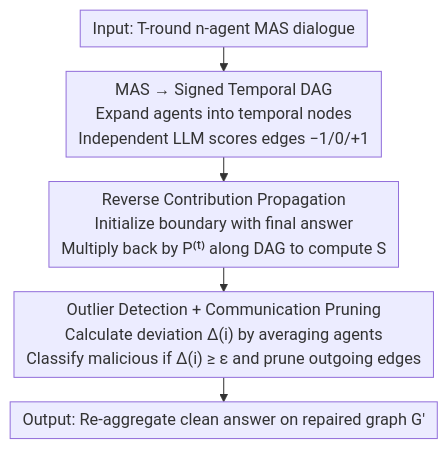
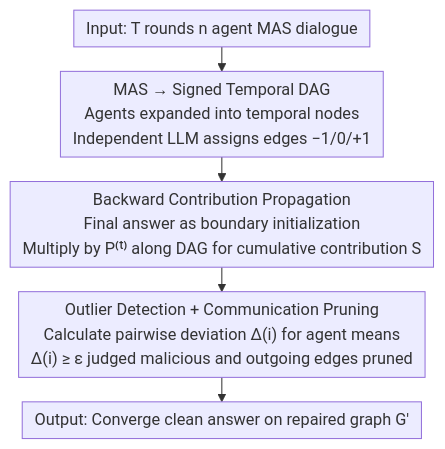
One commit to zhaoyang97/Paper-Notes-en changed the diagram in docs/ICML2026/multi_agent/securing_multi-agent_systems_against_corruptions_via_node_contribution_backpropa.md. Above: the diagram before and after it, drawn with Mermaid. The commit also changed other lines of this file and 5084 other files, not shown here.

````diff
--- a/docs/ICML2026/multi_agent/securing_multi-agent_systems_against_corruptions_via_node_contribution_backpropa.md
+++ b/docs/ICML2026/multi_agent/securing_multi-agent_systems_against_corruptions_via_node_contribution_backpropa.md
@@ -46,8 +46,8 @@
 ```mermaid
 %%{init: {'flowchart': {'rankSpacing': 24, 'nodeSpacing': 28, 'padding': 6, 'wrappingWidth': 400}}}%%
 flowchart TD
-    A["Input: T-round n-agent MAS dialogue"] --> B["MAS → Signed Temporal DAG<br/>Expand agents into temporal nodes<br/>Independent LLM scores edges −1/0/+1"]
-    B --> C["Reverse Contribution Propagation<br/>Initialize boundary with final answer<br/>Multiply back by P⁽ᵗ⁾ along DAG to compute S"]
-    C --> D["Outlier Detection + Communication Pruning<br/>Calculate deviation Δ(i) by averaging agents<br/>Classify malicious if Δ(i) ≥ ε and prune outgoing edges"]
-    D --> E["Output: Re-aggregate clean answer on repaired graph G′"]
+    A["Input: T rounds n agent MAS dialogue"] --> B["MAS → Signed Temporal DAG<br/>Agents expanded into temporal nodes<br/>Independent LLM assigns edges −1/0/+1"]
+    B --> C["Backward Contribution Propagation<br/>Final answer as boundary initialization<br/>Multiply by P⁽ᵗ⁾ along DAG for cumulative contribution S"]
+    C --> D["Outlier Detection + Communication Pruning<br/>Calculate pairwise deviation Δ(i) for agent means<br/>Δ(i) ≥ ε judged malicious and outgoing edges pruned"]
+    D --> E["Output: Converge clean answer on repaired graph G′"]
 ```
````
